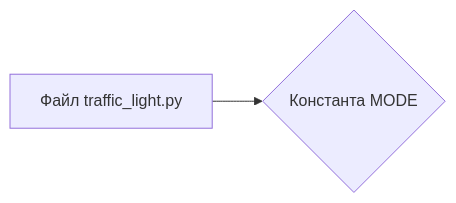
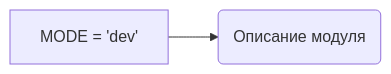
Before and after one commit to hypo69/hypo: the diagram in docs/gemini/ru/explainer/src/ai/myai/traffic_light.md, drawn with Mermaid. The commit also changed other lines of this file and 877 other files, not shown here.

````diff
--- a/docs/gemini/ru/explainer/src/ai/myai/traffic_light.md
+++ b/docs/gemini/ru/explainer/src/ai/myai/traffic_light.md
@@ -55,4 +56,4 @@
 ```mermaid
 graph LR
-    A[Файл traffic_light.py] --> B{Константа MODE};
+    A[MODE = 'dev'] --> B(Описание модуля);
 ```
````
